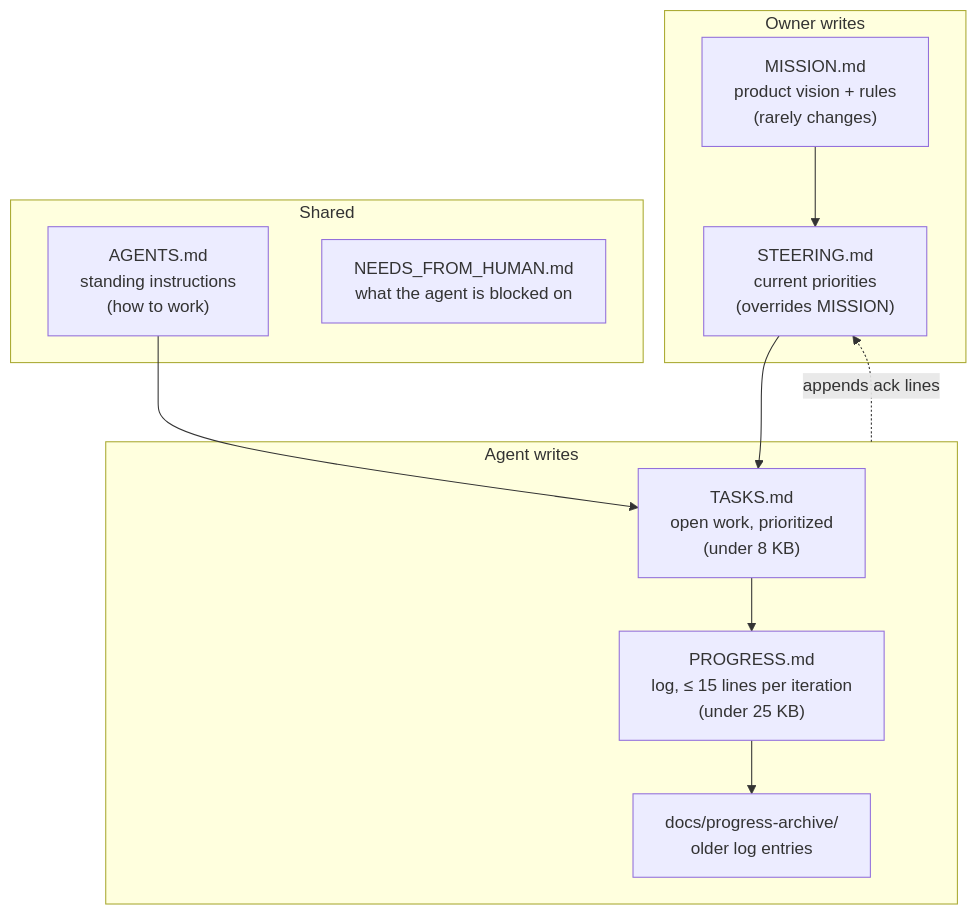
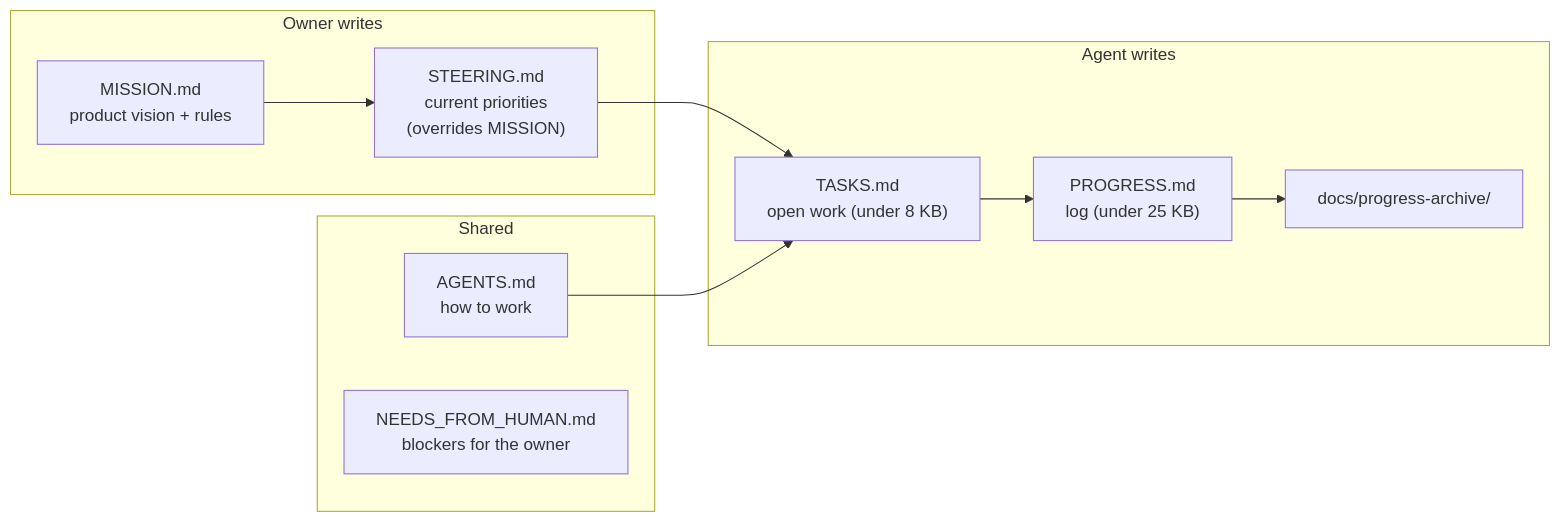
One commit to EmmadUsmani/news-digest changed the first of 2 diagrams in docs/handbook/02-agent/02-steering-and-memory.md. Above: the diagram before and after it, drawn with Mermaid. The commit also changed other lines of this file and 10 other files, not shown here.

First line of the commit message:
Handbook: audit and fix every diagram for overlaps and clarity

````diff
--- a/docs/handbook/02-agent/02-steering-and-memory.md
+++ b/docs/handbook/02-agent/02-steering-and-memory.md
@@ -7,20 +7,20 @@
 ```mermaid
-flowchart TB
+flowchart LR
   subgraph owner["Owner writes"]
-    mission["MISSION.md<br/>product vision + rules<br/>(rarely changes)"]
+    mission["MISSION.md<br/>product vision + rules"]
     steering["STEERING.md<br/>current priorities<br/>(overrides MISSION)"]
   end
-  subgraph both["Shared"]
-    agents["AGENTS.md<br/>standing instructions<br/>(how to work)"]
-    needs["NEEDS_FROM_HUMAN.md<br/>what the agent is blocked on"]
+  subgraph shared["Shared"]
+    agents["AGENTS.md<br/>how to work"]
+    needs["NEEDS_FROM_HUMAN.md<br/>blockers for the owner"]
   end
   subgraph agent["Agent writes"]
-    tasks["TASKS.md<br/>open work, prioritized<br/>(under 8 KB)"]
-    progress["PROGRESS.md<br/>log, ≤ 15 lines per iteration<br/>(under 25 KB)"]
-    archive["docs/progress-archive/<br/>older log entries"]
+    tasks["TASKS.md<br/>open work (under 8 KB)"]
+    progress["PROGRESS.md<br/>log (under 25 KB)"]
+    archive["docs/progress-archive/"]
   end
-  mission --> steering --> tasks
+  mission --> steering
+  steering --> tasks
   agents --> tasks
   tasks --> progress --> archive
-  agent -. "appends ack lines" .-> steering
 ```
````
